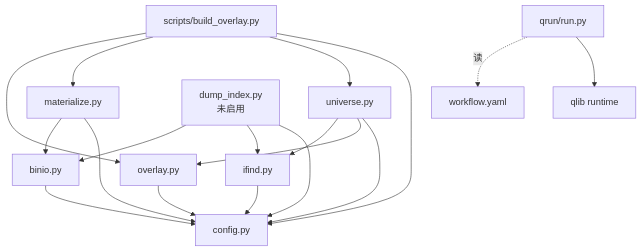
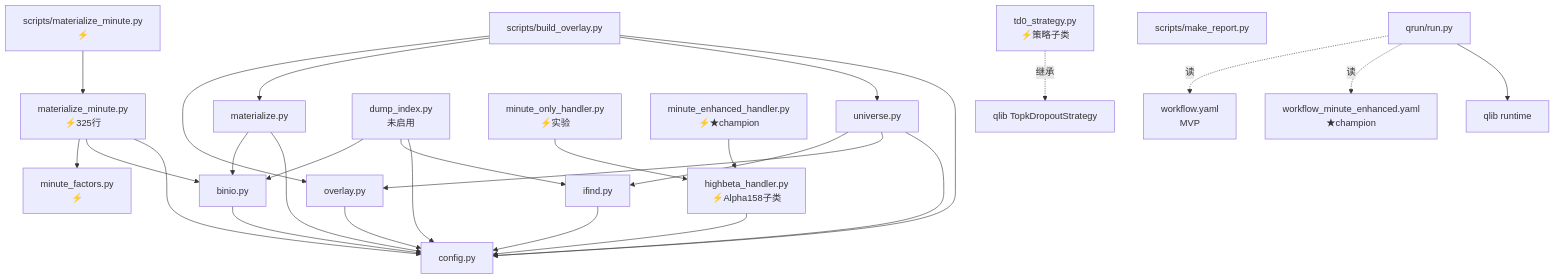
Before and after one commit to seuzxh/qlib_ifind_beta: the third of 3 diagrams in docs/architecture.md, drawn with Mermaid. The commit also changed other lines of this file and 4 other files, not shown here.

First line of the commit message:
docs: 5 份文档全量对齐 champion=enhanced(18)@n_drop=15

````diff
--- a/docs/architecture.md
+++ b/docs/architecture.md
@@ -254,32 +303,50 @@
 ```mermaid
 flowchart TD
     config[config.py]
     binio[binio.py]
     overlay[overlay.py]
     materialize[materialize.py]
+    materialize_minute["materialize_minute.py<br/>⚡325行"]
+    minute_factors["minute_factors.py<br/>⚡"]
     ifind[ifind.py]
     universe[universe.py]
     dump_index[dump_index.py<br/>未启用]
+    highbeta_handler["highbeta_handler.py<br/>⚡Alpha158子类"]
+    minute_only_handler["minute_only_handler.py<br/>⚡实验"]
+    minute_enhanced_handler["minute_enhanced_handler.py<br/>⚡★champion"]
+    td0_strategy["td0_strategy.py<br/>⚡策略子类"]
     build_overlay[scripts/build_overlay.py]
+    mat_minute_script["scripts/materialize_minute.py<br/>⚡"]
+    make_report[scripts/make_report.py]
     run[qrun/run.py]
 
     binio --> config
     overlay --> config
     materialize --> binio
     materialize --> config
+    materialize_minute --> minute_factors
+    materialize_minute --> binio
+    materialize_minute --> config
     ifind --> config
     universe --> ifind
     universe --> overlay
     universe --> config
     dump_index --> binio
     dump_index --> ifind
     dump_index --> config
 
+    highbeta_handler --> config
+    minute_only_handler --> highbeta_handler
+    minute_enhanced_handler --> highbeta_handler
+    td0_strategy -.继承.-> topk[qlib TopkDropoutStrategy]
+
     build_overlay --> overlay
     build_overlay --> materialize
     build_overlay --> universe
     build_overlay --> config
+    mat_minute_script --> materialize_minute
 
-    run -.读.-> qyaml[workflow.yaml]
+    run -.读.-> qyaml1[workflow.yaml<br/>MVP]
+    run -.读.-> qyaml2[workflow_minute_enhanced.yaml<br/>★champion]
     run --> qlibrt[qlib runtime]
 ```
````
